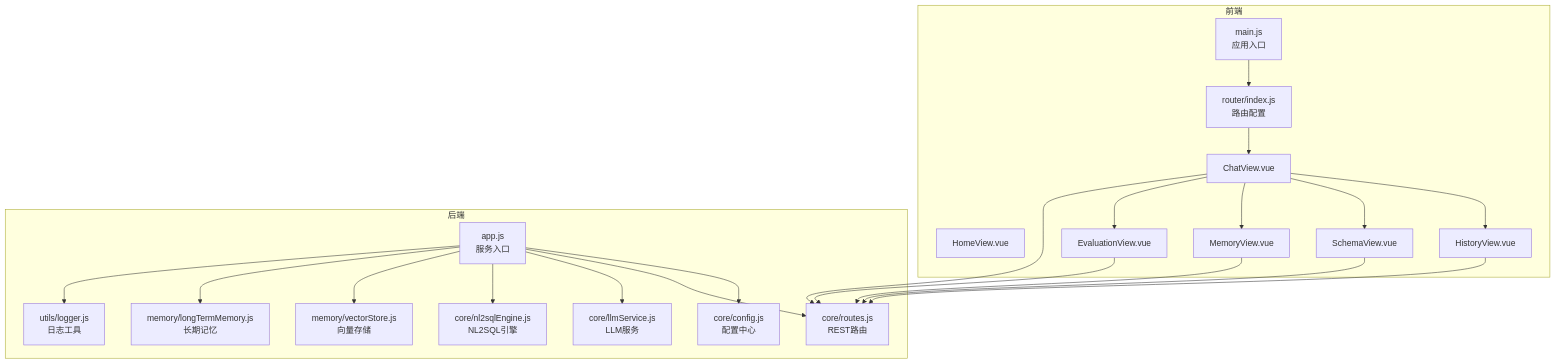
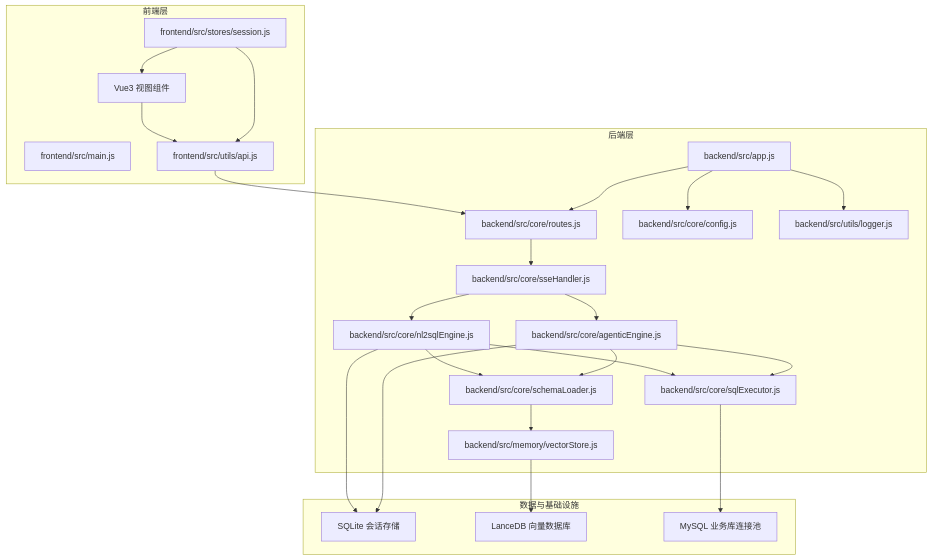
Before and after one commit to HanHuiOnLine/724-office: the first of 11 diagrams in NL2SQL/.qoder/repowiki/zh/content/系统架构/系统架构.md, drawn with Mermaid. The commit also changed other lines of this file and 203 other files, not shown here.

````diff
--- a/NL2SQL/.qoder/repowiki/zh/content/系统架构/系统架构.md
+++ b/NL2SQL/.qoder/repowiki/zh/content/系统架构/系统架构.md
@@ -47,41 +45,45 @@
 ```mermaid
 graph TB
-subgraph "前端"
-FE_Main["main.js<br/>应用入口"]
-FE_Router["router/index.js<br/>路由配置"]
-FE_View_Home["HomeView.vue"]
-FE_View_Chat["ChatView.vue"]
-FE_View_History["HistoryView.vue"]
-FE_View_Schema["SchemaView.vue"]
-FE_View_Memory["MemoryView.vue"]
-FE_View_Eval["EvaluationView.vue"]
+subgraph "前端层"
+FE_Main["frontend/src/main.js"]
+FE_API["frontend/src/utils/api.js"]
+FE_Store["frontend/src/stores/session.js"]
+FE_View["Vue3 视图组件"]
 end
-subgraph "后端"
-BE_App["app.js<br/>服务入口"]
-BE_Config["core/config.js<br/>配置中心"]
-BE_Routes["core/routes.js<br/>REST路由"]
-BE_LLM["core/llmService.js<br/>LLM服务"]
-BE_NL2SQL["core/nl2sqlEngine.js<br/>NL2SQL引擎"]
-BE_Vector["memory/vectorStore.js<br/>向量存储"]
-BE_LTM["memory/longTermMemory.js<br/>长期记忆"]
-BE_Logger["utils/logger.js<br/>日志工具"]
+subgraph "后端层"
+BE_App["backend/src/app.js"]
+BE_Routes["backend/src/core/routes.js"]
+BE_SSE["backend/src/core/sseHandler.js"]
+BE_NL2SQL["backend/src/core/nl2sqlEngine.js"]
+BE_Agent["backend/src/core/agenticEngine.js"]
+BE_SQL["backend/src/core/sqlExecutor.js"]
+BE_Config["backend/src/core/config.js"]
+BE_Schema["backend/src/core/schemaLoader.js"]
+BE_Vector["backend/src/memory/vectorStore.js"]
+BE_Logger["backend/src/utils/logger.js"]
 end
-FE_Main --> FE_Router
-FE_Router --> FE_View_Chat
-FE_View_Chat --> FE_View_History
-FE_View_Chat --> FE_View_Schema
-FE_View_Chat --> FE_View_Memory
-FE_View_Chat --> FE_View_Eval
-FE_View_Chat --> BE_Routes
-FE_View_History --> BE_Routes
-FE_View_Schema --> BE_Routes
-FE_View_Memory --> BE_Routes
-FE_View_Eval --> BE_Routes
+subgraph "数据与基础设施"
+DB_SQLite["SQLite 会话存储"]
+DB_Vector["LanceDB 向量数据库"]
+DB_MySQL["MySQL 业务库连接池"]
+end
+FE_View --> FE_API
+FE_API --> BE_Routes
+FE_Store --> FE_View
+FE_Store --> FE_API
+BE_App --> BE_Routes
+BE_Routes --> BE_SSE
+BE_SSE --> BE_NL2SQL
+BE_SSE --> BE_Agent
+BE_NL2SQL --> BE_SQL
+BE_Agent --> BE_SQL
+BE_NL2SQL --> BE_Schema
+BE_Agent --> BE_Schema
+BE_Schema --> BE_Vector
+BE_NL2SQL --> DB_SQLite
+BE_Agent --> DB_SQLite
+BE_SQL --> DB_MySQL
+BE_Vector --> DB_Vector
 BE_App --> BE_Config
-BE_App --> BE_Routes
-BE_App --> BE_LLM
-BE_App --> BE_NL2SQL
-BE_App --> BE_Vector
-BE_App --> BE_LTM
 BE_App --> BE_Logger
 ```
````
